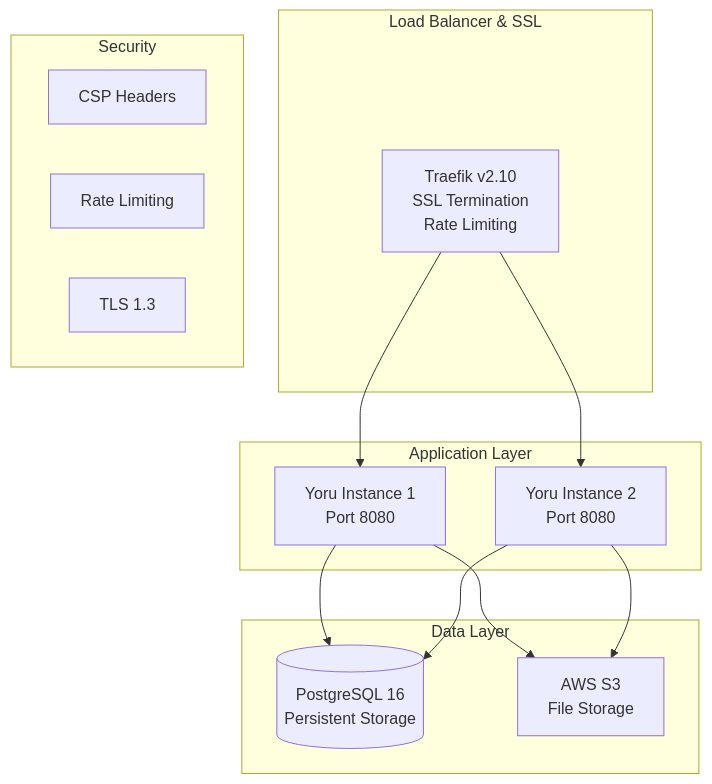
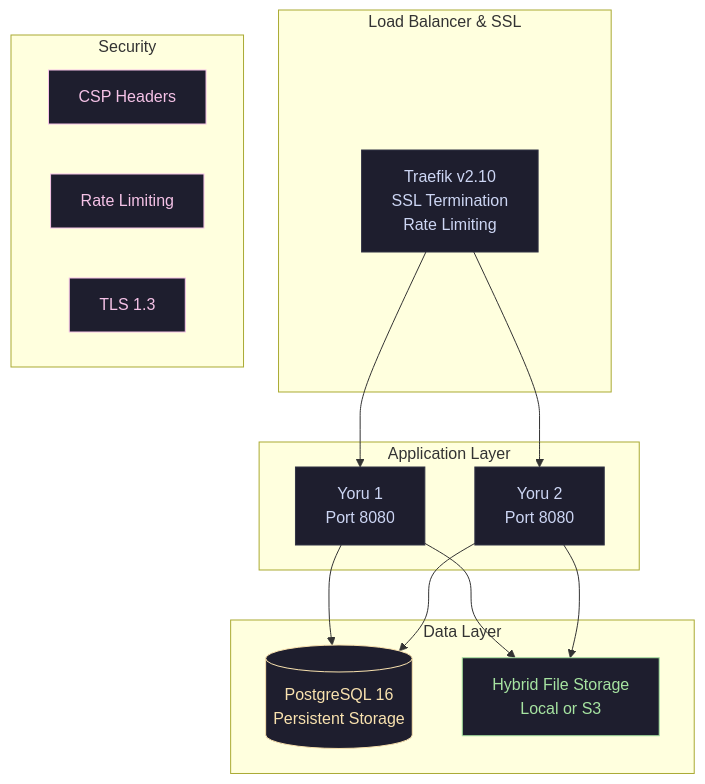
One commit to ryu-ryuk/yoru-pastebin changed the diagram in README.md. Above: the diagram before and after it, drawn with Mermaid. The commit also changed other lines of this file, not shown here.

Commit message:
reading me ?

````diff
--- a/README.md
+++ b/README.md
@@ -174,24 +156,38 @@
 ```mermaid
 graph TB
+
+    %% define graph nodes
     subgraph "Load Balancer & SSL"
         LB[Traefik v2.10<br/>SSL Termination<br/>Rate Limiting]
     end
-    
+
     subgraph "Application Layer"
-        LB --> APP1[Yoru Instance 1<br/>Port 8080]
-        LB --> APP2[Yoru Instance 2<br/>Port 8080]
+        LB --> APP1[Yoru 1<br/>Port 8080]
+        LB --> APP2[Yoru 2<br/>Port 8080]
     end
-    
+
     subgraph "Data Layer"
         APP1 --> DB[(PostgreSQL 16<br/>Persistent Storage)]
         APP2 --> DB
-        APP1 --> S3[AWS S3<br/>File Storage]
-        APP2 --> S3
+        APP1 --> FS[Hybrid File Storage<br/>Local or S3]
+        APP2 --> FS
     end
-    
+
     subgraph "Security"
         SEC1[CSP Headers]
         SEC2[Rate Limiting]
         SEC3[TLS 1.3]
     end
+
+    %% assign classes
+    classDef mocha fill:#1e1e2e,stroke:#313244,color:#cdd6f4;
+    classDef blue fill:#1e1e2e,stroke:#89b4fa,color:#89b4fa;
+    classDef pink fill:#1e1e2e,stroke:#f5c2e7,color:#f5c2e7;
+    classDef green fill:#1e1e2e,stroke:#a6e3a1,color:#a6e3a1;
+    classDef yellow fill:#1e1e2e,stroke:#f9e2af,color:#f9e2af;
+
+    class LB,APP1,APP2 mocha;
+    class DB yellow;
+    class FS green;
+    class SEC1,SEC2,SEC3 pink;
 ```
````
